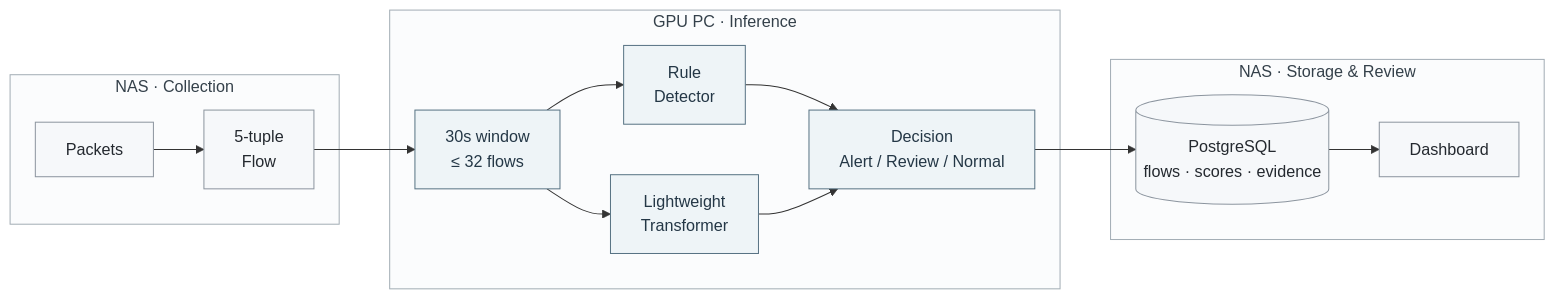
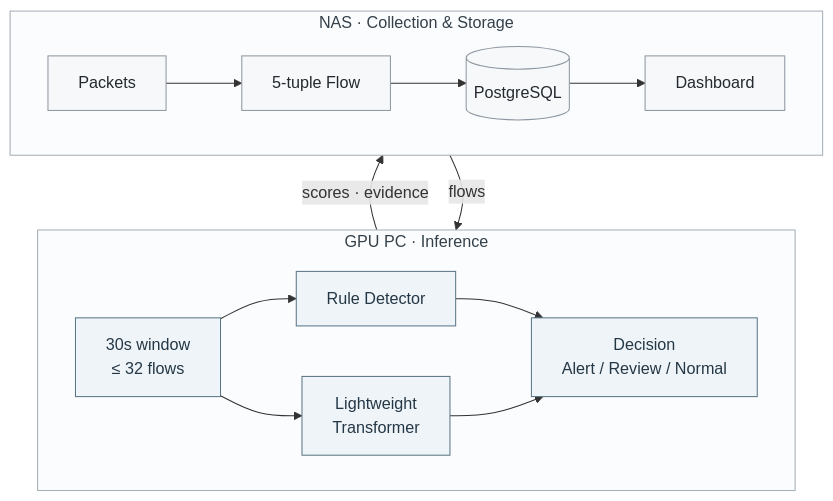
Before and after one commit to prosild/prosild: the second of 2 diagrams in README.md, drawn with Mermaid. The commit also changed other lines of this file, not shown here.

````diff
--- a/README.md
+++ b/README.md
@@ -105,32 +106,27 @@
 ```mermaid
-flowchart LR
-    subgraph N1["NAS · Collection"]
-        A["Packets"] --> B["5-tuple<br/>Flow"]
+flowchart BT
+    subgraph NAS["NAS · Collection & Storage"]
+        direction LR
+        A["Packets"] --> B["5-tuple Flow"] --> G[("PostgreSQL")] --> H["Dashboard"]
     end
 
     subgraph PC["GPU PC · Inference"]
+        direction LR
         C["30s window<br/>≤ 32 flows"]
-        D["Rule<br/>Detector"]
+        D["Rule Detector"]
         E["Lightweight<br/>Transformer"]
         F["Decision<br/>Alert / Review / Normal"]
-        C --> D
-        C --> E
-        D --> F
-        E --> F
+        C --> D --> F
+        C --> E --> F
     end
 
-    subgraph N2["NAS · Storage & Review"]
-        G[("PostgreSQL<br/>flows · scores · evidence")] --> H["Dashboard"]
-    end
-
-    B --> C
-    F --> G
+    NAS -- flows --> PC
+    PC -- scores · evidence --> NAS
 
     classDef nas fill:#f6f8fa,stroke:#8c959f,color:#24292f;
     classDef ml fill:#eef4f7,stroke:#587384,color:#243746;
     class A,B,G,H nas;
     class C,D,E,F ml;
-    style N1 fill:#fbfcfd,stroke:#a3adb5,color:#34404a;
+    style NAS fill:#fbfcfd,stroke:#a3adb5,color:#34404a;
     style PC fill:#fbfcfd,stroke:#a3adb5,color:#34404a;
-    style N2 fill:#fbfcfd,stroke:#a3adb5,color:#34404a;
 ```
````
